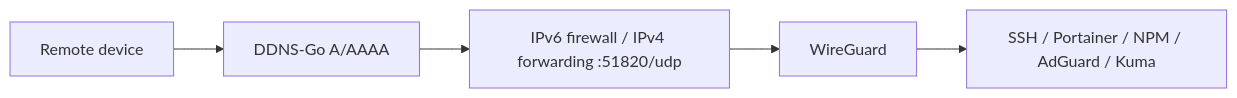
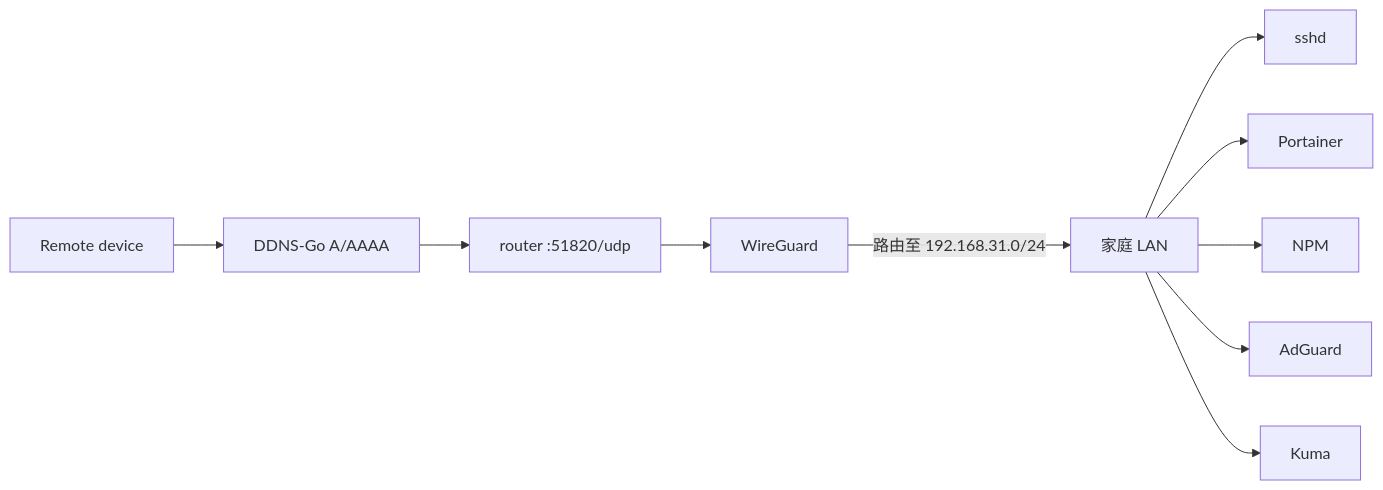
One commit to ryoo2001/homelab-infra changed the third of 3 diagrams in README.md. Above: the diagram before and after it, drawn with Mermaid.

Commit message:
docs: 更新私有管理链路架构图，细化 WireGuard 路由节点描述

````diff
--- a/README.md
+++ b/README.md
@@ -63,7 +63,8 @@
 ```mermaid
 flowchart LR
   remote[Remote device] --> ddns[DDNS-Go A/AAAA]
-  ddns --> router[IPv6 firewall / IPv4 forwarding :51820/udp]
+  ddns --> router[router :51820/udp]
   router --> wg[WireGuard]
-  wg --> management[SSH / Portainer / NPM / AdGuard / Kuma]
+  wg -->|路由至 192.168.31.0/24| lan[家庭 LAN]
+  lan --> ssh[sshd] & portainer[Portainer] & npm[NPM] & adguard[AdGuard] & kuma[Kuma]
 ```
````
